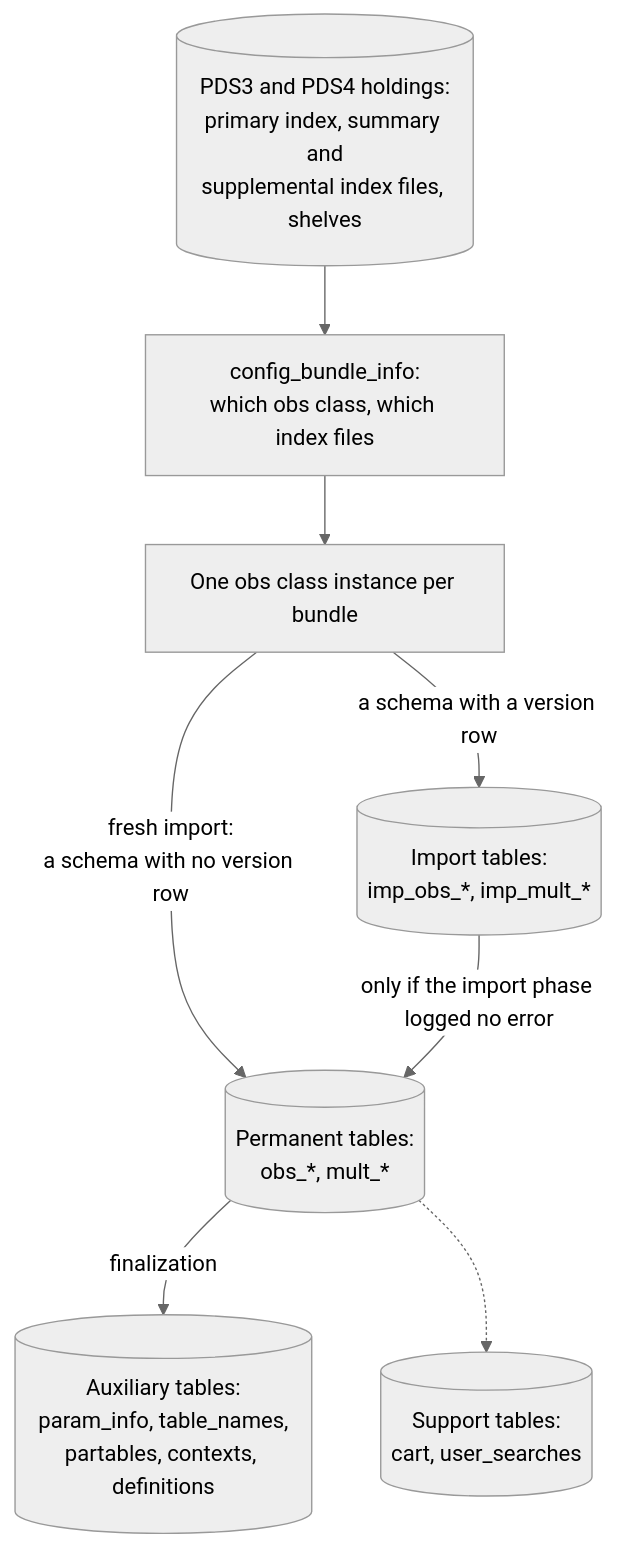
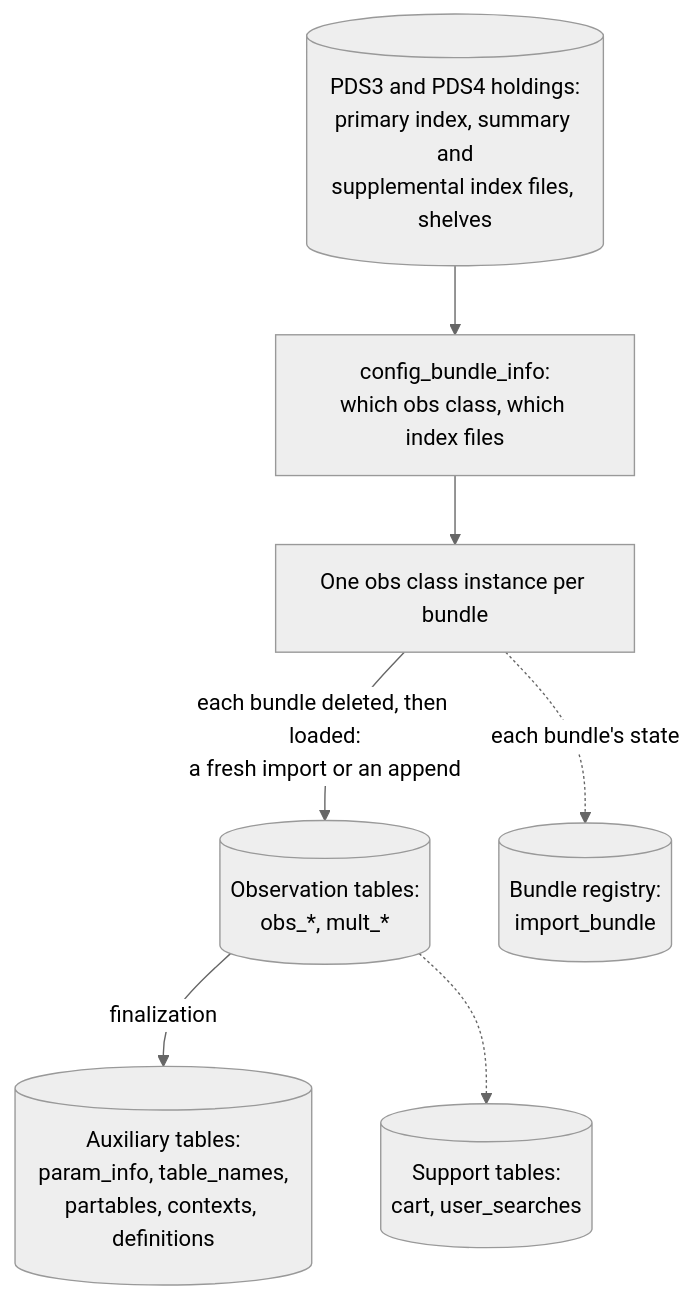
Before and after one commit to SETI/rms-opus: the diagram in docs/dev_guide_import_overview.rst, drawn with Mermaid (neutral theme). The commit also changed other lines of this file and 96 other files, not shown here.

```diff
--- a/docs/dev_guide_import_overview.rst
+++ b/docs/dev_guide_import_overview.rst
@@ -21,19 +21,18 @@
 .. mermaid::
     :zoom:
 
     flowchart TD
         H[(PDS3 and PDS4 holdings:<br/>primary index, summary and<br/>supplemental index files, shelves)]
         BI[config_bundle_info:<br/>which obs class, which index files]
         OB[One obs class instance per bundle]
-        IMP[(Import tables:<br/>imp_obs_*, imp_mult_*)]
-        PERM[(Permanent tables:<br/>obs_*, mult_*)]
+        OBS[(Observation tables:<br/>obs_*, mult_*)]
+        REG[(Bundle registry:<br/>import_bundle)]
         AUX[(Auxiliary tables:<br/>param_info, table_names,<br/>partables, contexts, definitions)]
         SUP[(Support tables:<br/>cart, user_searches)]
 
         H --> BI
         BI --> OB
-        OB -->|fresh import:<br/>a schema with no version row| PERM
-        OB -->|a schema with a version row| IMP
-        IMP -->|only if the import phase logged no error| PERM
-        PERM -->|finalization| AUX
-        PERM -.-> SUP
+        OB -->|each bundle deleted, then loaded:<br/>a fresh import or an append| OBS
+        OB -.->|each bundle's state| REG
+        OBS -->|finalization| AUX
+        OBS -.-> SUP
```
